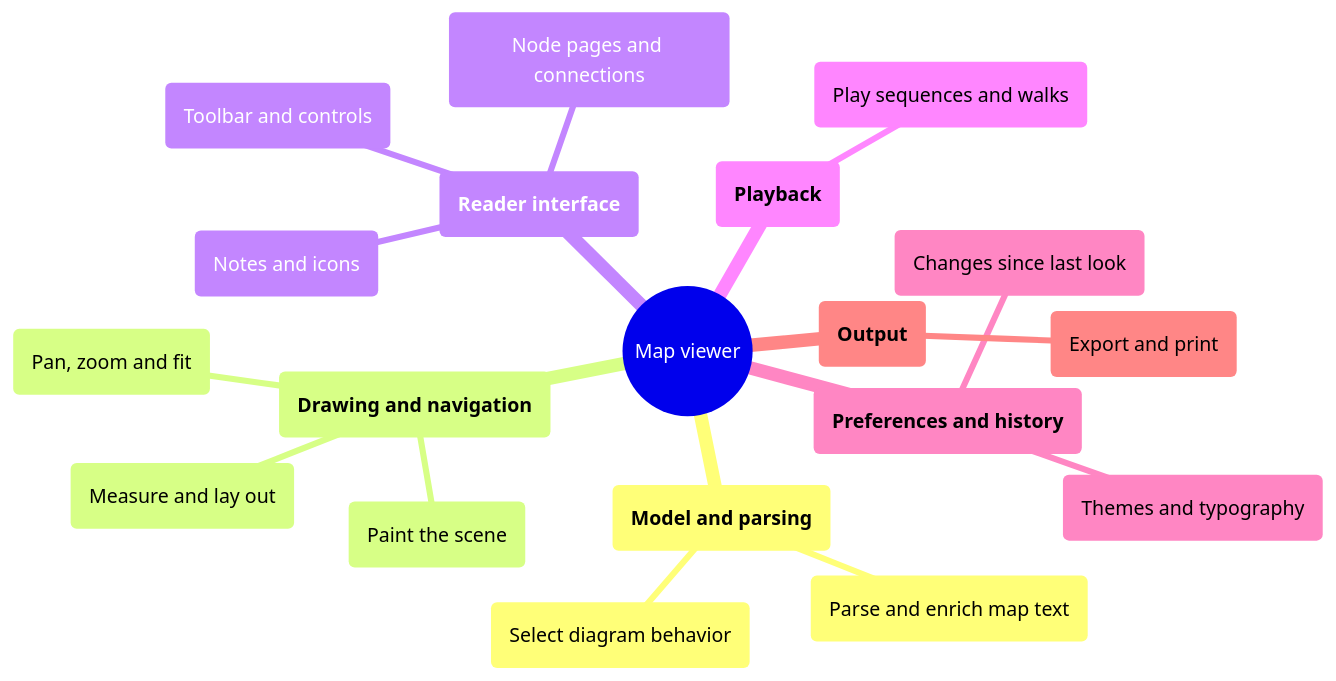
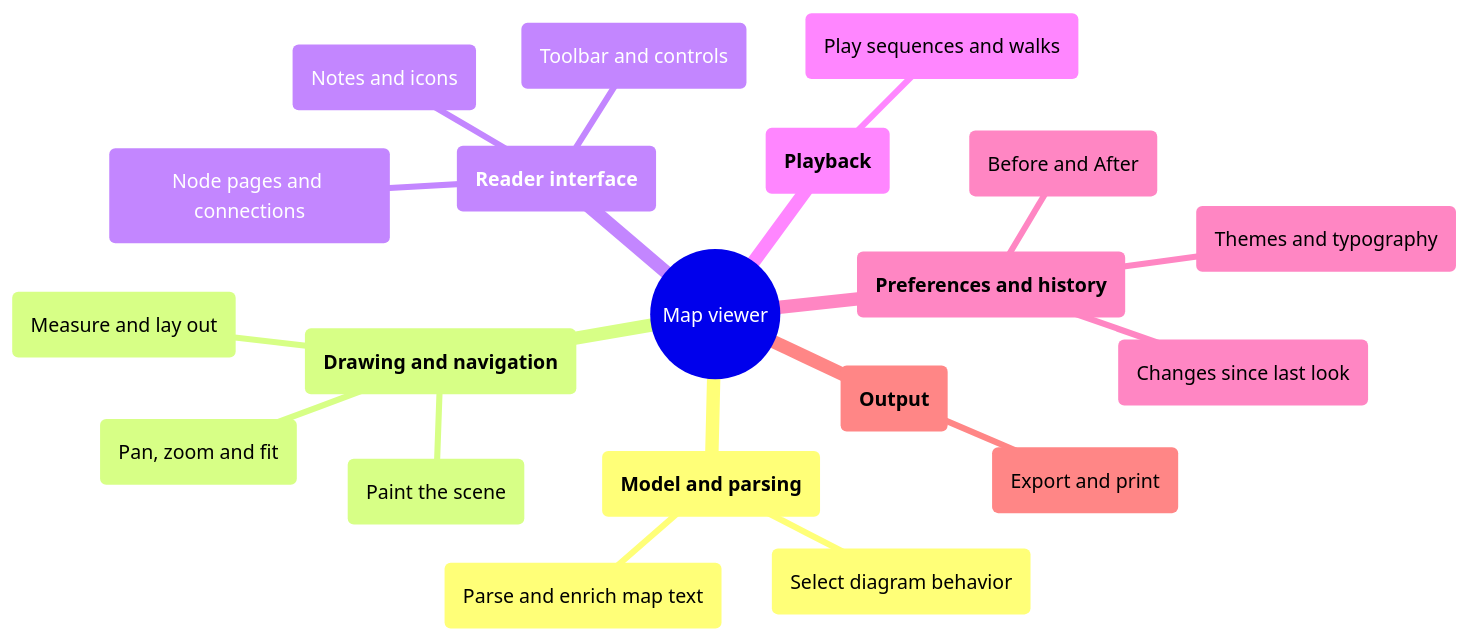
The fifth of 17 diagrams in examples/maps/avagahana-architecture.md (nvsravank/avagahana), drawn with Mermaid before and after one commit. The commit also changed other lines of this file and 45 other files, not shown here.

Commit message:
WO-34: plan marks, ringed signs, no flow down, plan checks, before and after, changes list, show and render before, changes report

````diff
--- a/examples/maps/avagahana-architecture.md
+++ b/examples/maps/avagahana-architecture.md
@@ -200,22 +200,23 @@
 ```mermaid
 mindmap
   v(("Map viewer"))
     modelGroup("**Model and parsing**")
       m("Parse and enrich map text")
       d("Select diagram behavior")
     drawGroup("**Drawing and navigation**")
       layoutNode("Measure and lay out")
       p("Paint the scene")
       s("Pan, zoom and fit")
     uiGroup("**Reader interface**")
       c("Toolbar and controls")
       pg("Node pages and connections")
       nt("Notes and icons")
     playbackGroup("**Playback**")
       pl("Play sequences and walks")
     preferencesGroup("**Preferences and history**")
       th("Themes and typography")
       sn("Changes since last look")
+      cmp("Before and After")
     outputGroup("**Output**")
       ex("Export and print")
 ```
````
